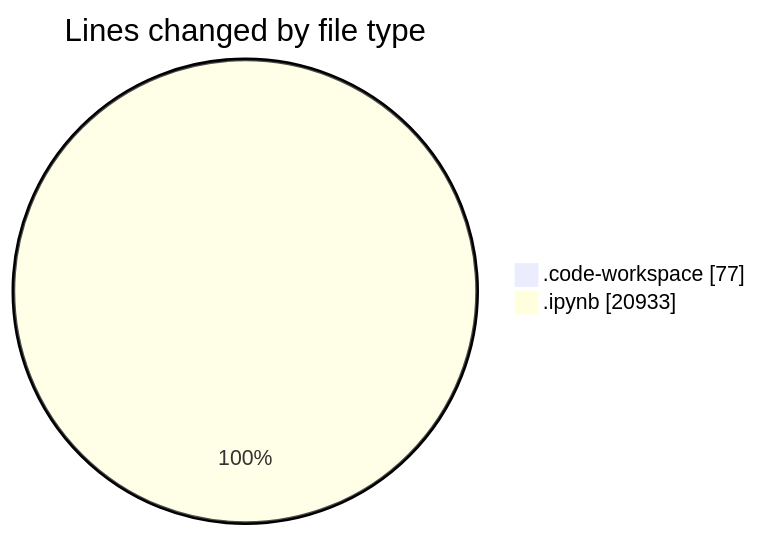
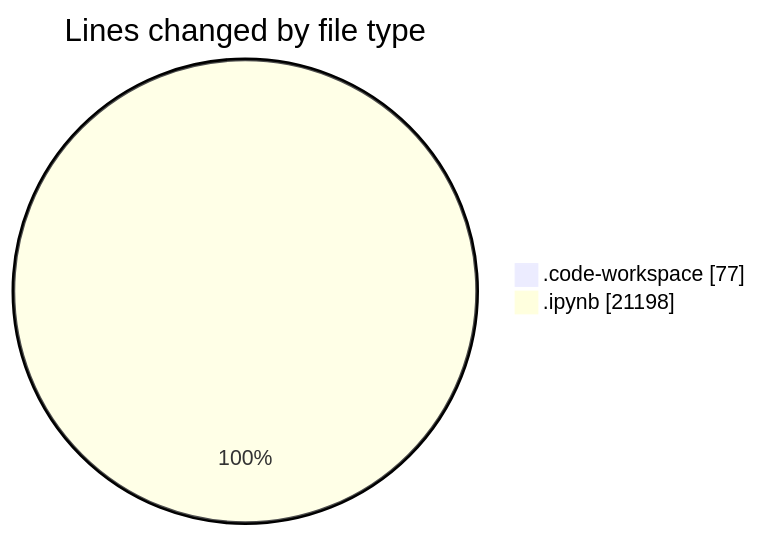
One commit to MatusMokan/code-tracking changed the first of 2 diagrams in 2025-03-14/myws__workspace_/README.md. Above: the diagram before and after it, drawn with Mermaid. The commit also changed other lines of this file and 1 other file, not shown here.

````diff
--- a/2025-03-14/myws__workspace_/README.md
+++ b/2025-03-14/myws__workspace_/README.md
@@ -22,6 +22,6 @@
 ```mermaid
 pie showData
 title Lines changed by file type
 ".code-workspace" : 77
-".ipynb" : 20933
+".ipynb" : 21198
 ```
````
